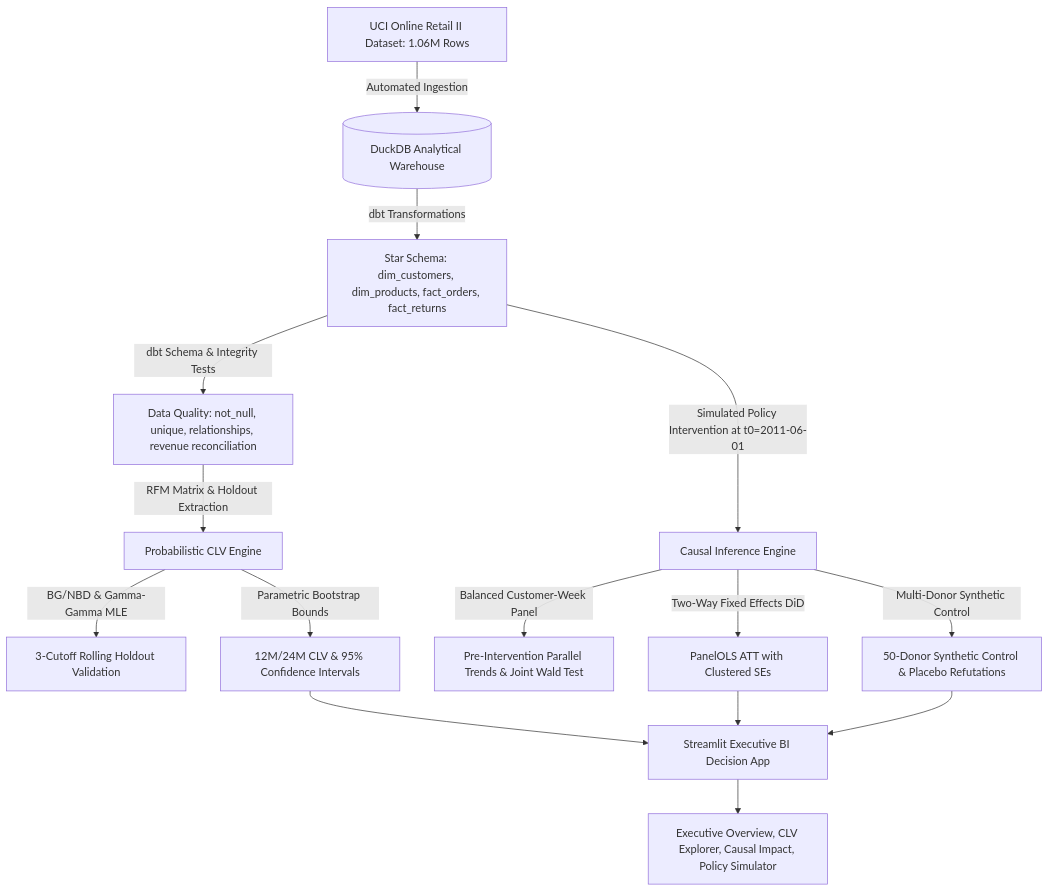
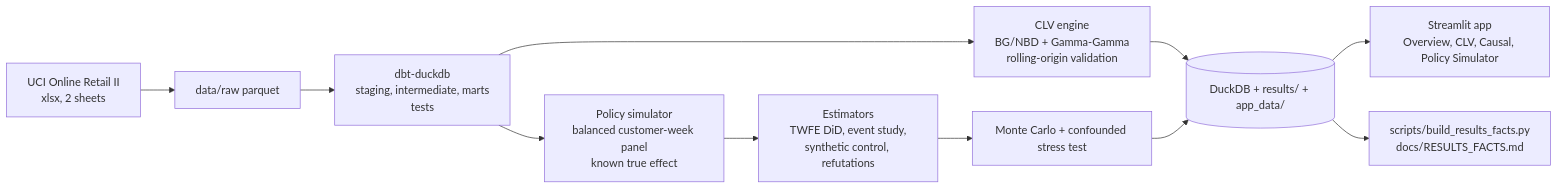
The diagram in README.md (rishichouhan905-dotcom/monetization-causal-clv-engine), drawn with Mermaid before and after one commit. The commit also changed other lines of this file and 2 other files, not shown here.

Commit message:
docs: replace with verified README, methodology and decision memo

````diff
--- a/README.md
+++ b/README.md
@@ -30,17 +37,13 @@
 ```mermaid
-flowchart TD
-    A[UCI Online Retail II Dataset: 1.06M Rows] -->|Automated Ingestion| B[(DuckDB Analytical Warehouse)]
-    B -->|dbt Transformations| C[Star Schema: dim_customers, dim_products, fact_orders, fact_returns]
-    C -->|dbt Schema & Integrity Tests| D[Data Quality: not_null, unique, relationships, revenue reconciliation]
-    D -->|RFM Matrix & Holdout Extraction| E[Probabilistic CLV Engine]
-    E -->|BG/NBD & Gamma-Gamma MLE| F[3-Cutoff Rolling Holdout Validation]
-    E -->|Parametric Bootstrap Bounds| G[12M/24M CLV & 95% Confidence Intervals]
-    C -->|Simulated Policy Intervention at t0=2011-06-01| H[Causal Inference Engine]
-    H -->|Balanced Customer-Week Panel| I[Pre-Intervention Parallel Trends & Joint Wald Test]
-    H -->|Two-Way Fixed Effects DiD| J[PanelOLS ATT with Clustered SEs]
-    H -->|Multi-Donor Synthetic Control| K[50-Donor Synthetic Control & Placebo Refutations]
-    G --> L[Streamlit Executive BI Decision App]
-    J --> L
-    K --> L
-    L --> M[Executive Overview, CLV Explorer, Causal Impact, Policy Simulator]
+flowchart LR
+    A[UCI Online Retail II<br/>xlsx, 2 sheets] --> B[data/raw parquet]
+    B --> C[dbt-duckdb<br/>staging, intermediate, marts<br/>tests]
+    C --> D[CLV engine<br/>BG/NBD + Gamma-Gamma<br/>rolling-origin validation]
+    C --> E[Policy simulator<br/>balanced customer-week panel<br/>known true effect]
+    E --> F[Estimators<br/>TWFE DiD, event study,<br/>synthetic control, refutations]
+    F --> G[Monte Carlo + confounded stress test]
+    D --> H[(DuckDB + results/ + app_data/)]
+    G --> H
+    H --> I[Streamlit app<br/>Overview, CLV, Causal, Policy Simulator]
+    H --> J[scripts/build_results_facts.py<br/>docs/RESULTS_FACTS.md]
 ```
````
